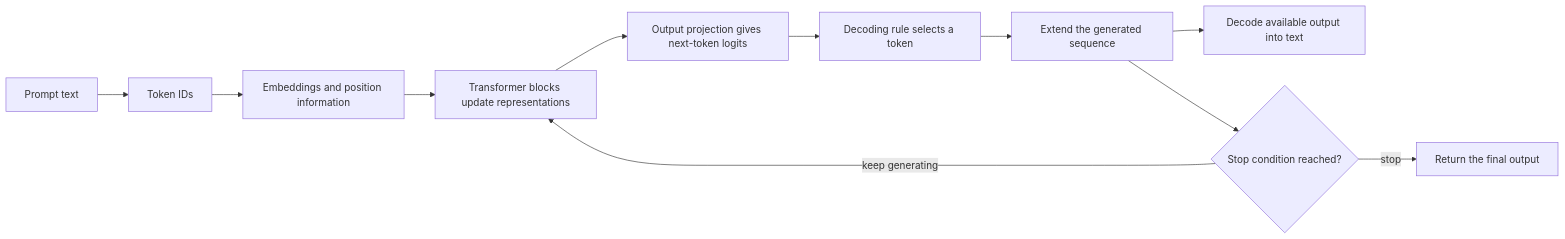
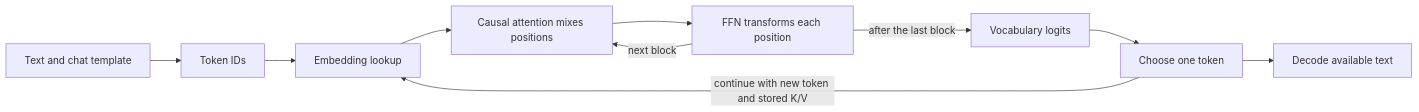
One commit to Negronii/MyNotes changed the first of 4 diagrams in review/generated/ai-engineering.md. Above: the diagram before and after it, drawn with Mermaid. The commit also changed other lines of this file and 13 other files, not shown here.

```diff
--- a/review/generated/ai-engineering.md
+++ b/review/generated/ai-engineering.md
@@ -23,13 +11,12 @@
 ~~~mermaid
 flowchart LR
-    P[Prompt text] --> T[Token IDs]
-    T --> E[Embeddings and position information]
-    E --> B[Transformer blocks update representations]
-    B --> L[Output projection gives next-token logits]
-    L --> D[Decoding rule selects a token]
-    D --> N[Extend the generated sequence]
-    N --> X[Decode available output into text]
-    N --> S{Stop condition reached?}
-    S -->|keep generating| B
-    S -->|stop| F[Return the final output]
+    Text["Text and chat template"] --> IDs["Token IDs"]
+    IDs --> E["Embedding lookup"]
+    E --> A["Causal attention mixes positions"]
+    A --> F["FFN transforms each position"]
+    F -->|next block| A
+    F -->|after the last block| L["Vocabulary logits"]
+    L --> D["Choose one token"]
+    D --> Out["Decode available text"]
+    D -->|continue with new token and stored K/V| E
 ~~~
```
